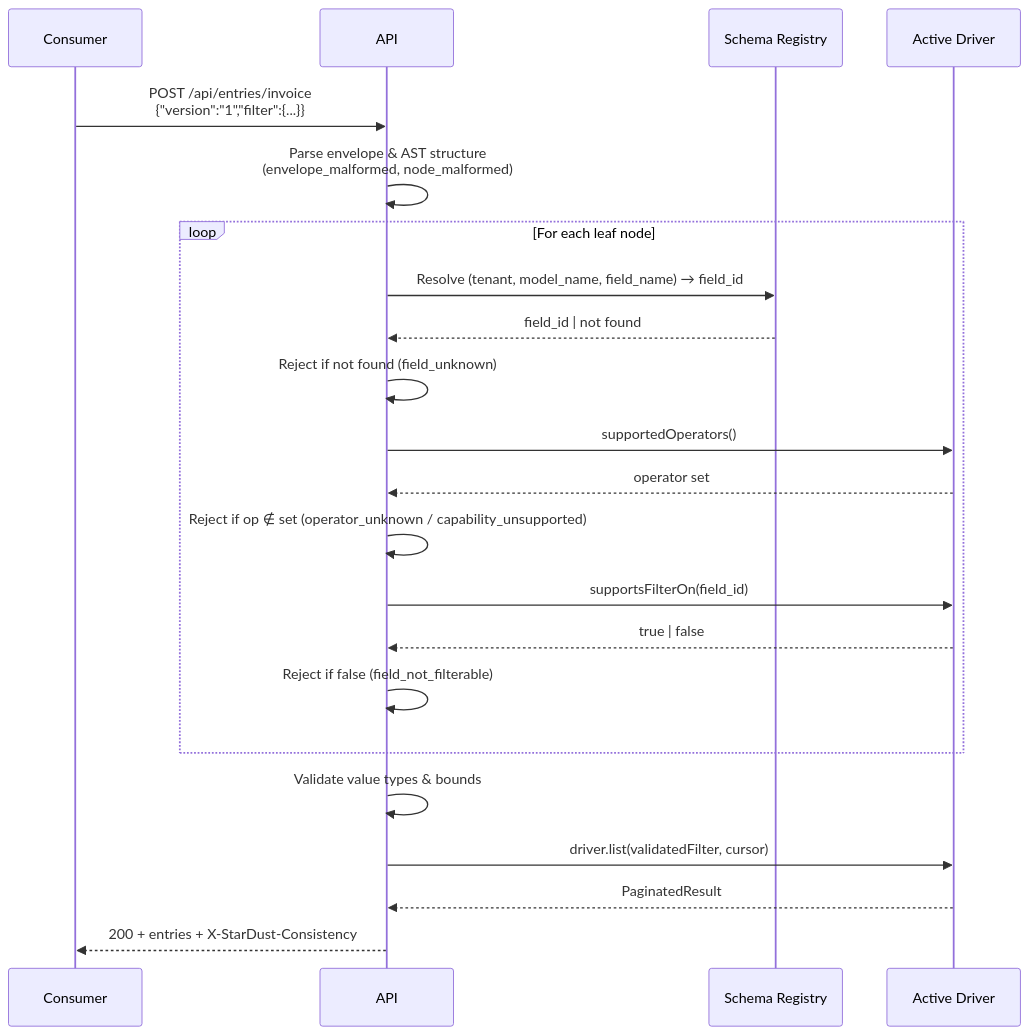
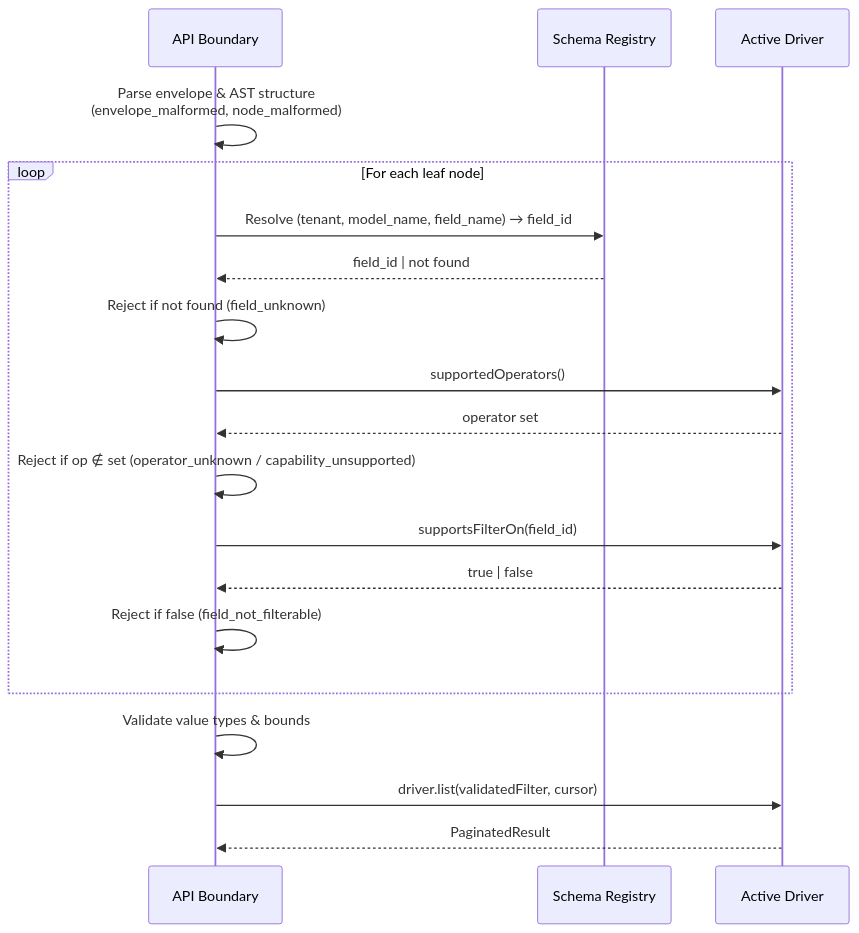
One commit to damarbob/SDDPG changed the diagram in blueprints/queryfilter_wire_format.md. Above: the diagram before and after it, drawn with Mermaid. The commit also changed other lines of this file and 18 other files, not shown here.

````diff
--- a/blueprints/queryfilter_wire_format.md
+++ b/blueprints/queryfilter_wire_format.md
@@ -332,25 +284,22 @@
 ```mermaid
 sequenceDiagram
-    participant C as Consumer
-    participant A as API
+    participant API as API Boundary
     participant R as Schema Registry
     participant D as Active Driver
 
-    C->>A: POST /api/entries/invoice<br/>{"version":"1","filter":{...}}
-    A->>A: Parse envelope & AST structure<br/>(envelope_malformed, node_malformed)
+    API->>API: Parse envelope & AST structure<br/>(envelope_malformed, node_malformed)
     loop For each leaf node
-        A->>R: Resolve (tenant, model_name, field_name) → field_id
-        R-->>A: field_id | not found
-        A->>A: Reject if not found (field_unknown)
-        A->>D: supportedOperators()
-        D-->>A: operator set
-        A->>A: Reject if op ∉ set (operator_unknown / capability_unsupported)
-        A->>D: supportsFilterOn(field_id)
-        D-->>A: true | false
-        A->>A: Reject if false (field_not_filterable)
+        API->>R: Resolve (tenant, model_name, field_name) → field_id
+        R-->>API: field_id | not found
+        API->>API: Reject if not found (field_unknown)
+        API->>D: supportedOperators()
+        D-->>API: operator set
+        API->>API: Reject if op ∉ set (operator_unknown / capability_unsupported)
+        API->>D: supportsFilterOn(field_id)
+        D-->>API: true | false
+        API->>API: Reject if false (field_not_filterable)
     end
-    A->>A: Validate value types & bounds
-    A->>D: driver.list(validatedFilter, cursor)
-    D-->>A: PaginatedResult
-    A-->>C: 200 + entries + X-StarDust-Consistency
+    API->>API: Validate value types & bounds
+    API->>D: driver.list(validatedFilter, cursor)
+    D-->>API: PaginatedResult
 ```
````
